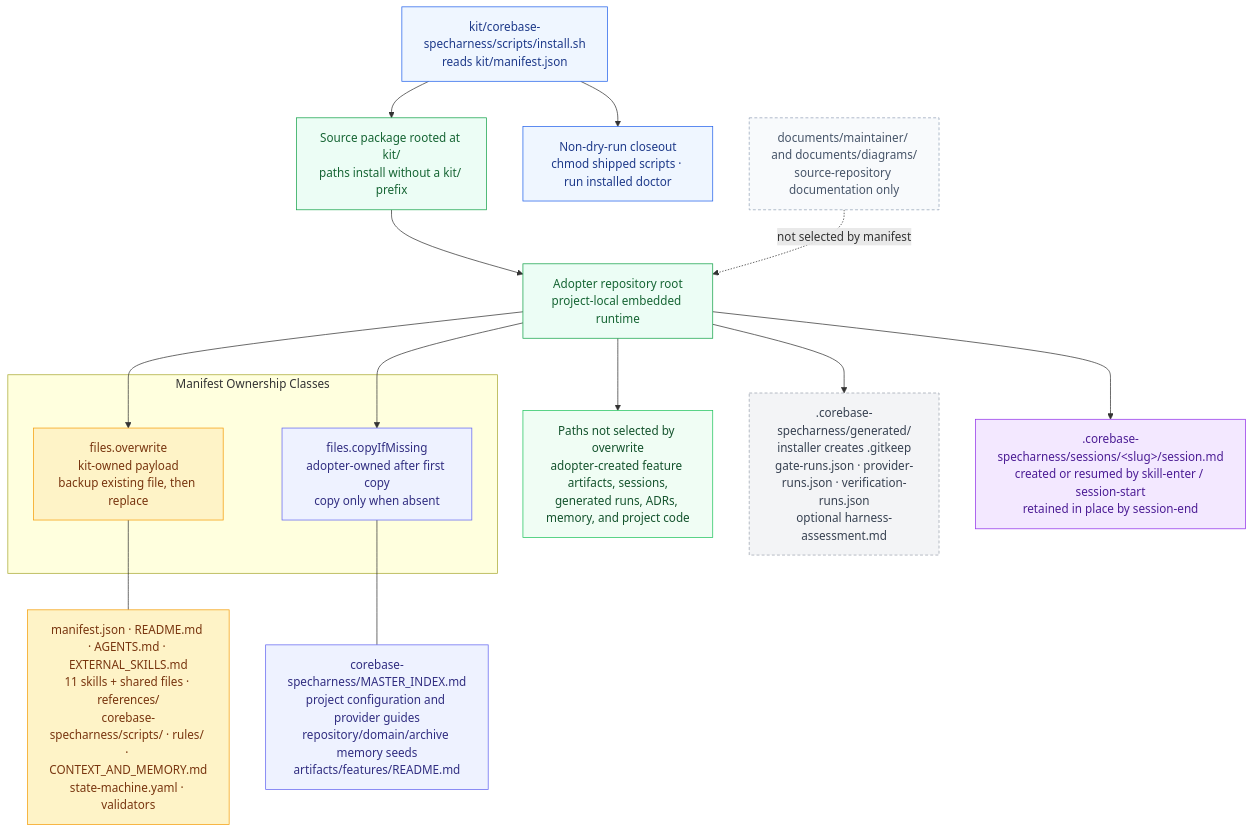
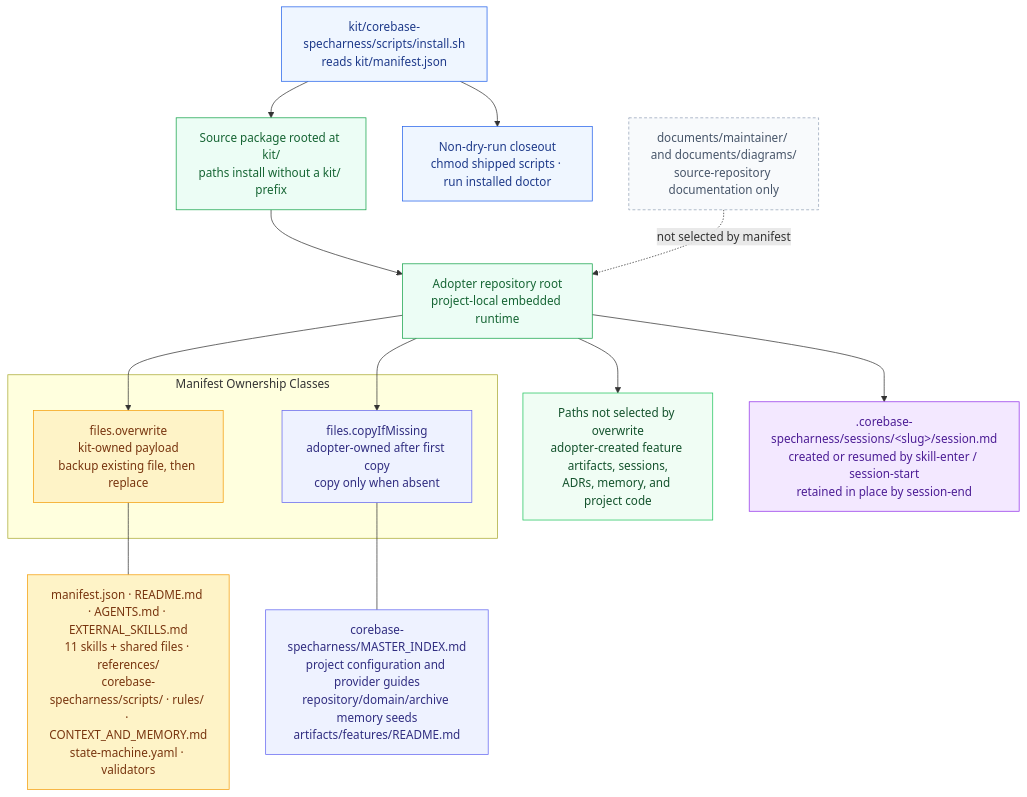
One commit to thaihai-swe/corebase-specharness changed the diagram in documents/diagrams/source/system-design/installed-boundary.mmd. Above: the diagram before and after it, drawn with Mermaid. The commit also changed 42 other files, not shown here.

```diff
--- a/documents/diagrams/source/system-design/installed-boundary.mmd
+++ b/documents/diagrams/source/system-design/installed-boundary.mmd
@@ -1,48 +1,44 @@
 flowchart TB
     %% Installed Boundary — implementation authority: manifest.json + install.sh
 
     INSTALL["kit/corebase-specharness/scripts/install.sh<br/>reads kit/manifest.json"]:::installer --> PACKAGE["Source package rooted at kit/<br/>paths install without a kit/ prefix"]:::package
     PACKAGE --> TARGET["Adopter repository root<br/>project-local embedded runtime"]:::package
 
     subgraph OWNERSHIP["Manifest Ownership Classes"]
         OVERWRITE["files.overwrite<br/>kit-owned payload<br/>backup existing file, then replace"]:::overwrite
         SEED["files.copyIfMissing<br/>adopter-owned after first copy<br/>copy only when absent"]:::seed
     end
 
     TARGET --> OVERWRITE
     TARGET --> SEED
 
     OVERWRITE --- OW_DESC["manifest.json · README.md · AGENTS.md · EXTERNAL_SKILLS.md<br/>11 skills + shared files · references/<br/>corebase-specharness/scripts/ · rules/ · CONTEXT_AND_MEMORY.md<br/>state-machine.yaml · validators"]:::overwrite
     SEED --- SEED_DESC["corebase-specharness/MASTER_INDEX.md<br/>project configuration and provider guides<br/>repository/domain/archive memory seeds<br/>artifacts/features/README.md"]:::seed
 
-    UNMANAGED["Paths not selected by overwrite<br/>adopter-created feature artifacts, sessions,<br/>generated runs, ADRs, memory, and project code"]:::preserve
+    UNMANAGED["Paths not selected by overwrite<br/>adopter-created feature artifacts, sessions,<br/>ADRs, memory, and project code"]:::preserve
     TARGET --> UNMANAGED
 
-    GENERATED[".corebase-specharness/generated/<br/>installer creates .gitkeep<br/>gate-runs.json · provider-runs.json · verification-runs.json<br/>optional harness-assessment.md"]:::generated
     SESSION[".corebase-specharness/sessions/&lt;slug&gt;/session.md<br/>created or resumed by skill-enter / session-start<br/>retained in place by session-end"]:::session
-    TARGET --> GENERATED
     TARGET --> SESSION
 
     VALIDATE["Non-dry-run closeout<br/>chmod shipped scripts · run installed doctor"]:::installer
     INSTALL --> VALIDATE
 
     DOC["documents/maintainer/ and documents/diagrams/<br/>source-repository documentation only"]:::external
     DOC -.->|not selected by manifest| TARGET
 
     classDef installer fill:#eff6ff,stroke:#2563eb,color:#1e3a8a
     classDef package fill:#ecfdf5,stroke:#16a34a,color:#166534
     classDef overwrite fill:#fef3c7,stroke:#f59e0b,color:#78350f
     classDef seed fill:#eef2ff,stroke:#6366f1,color:#312e81
     classDef preserve fill:#f0fdf4,stroke:#22c55e,color:#14532d
-    classDef generated fill:#f3f4f6,stroke:#9ca3af,stroke-dasharray:4 3,color:#374151
     classDef session fill:#f3e8ff,stroke:#9333ea,color:#4c1d95
     classDef external fill:#f8fafc,stroke:#94a3b8,color:#475569,stroke-dasharray:4 3
 
     class INSTALL,VALIDATE installer
     class PACKAGE,TARGET package
     class OVERWRITE,OW_DESC overwrite
     class SEED,SEED_DESC seed
     class UNMANAGED preserve
-    class GENERATED generated
     class SESSION session
     class DOC external
```
